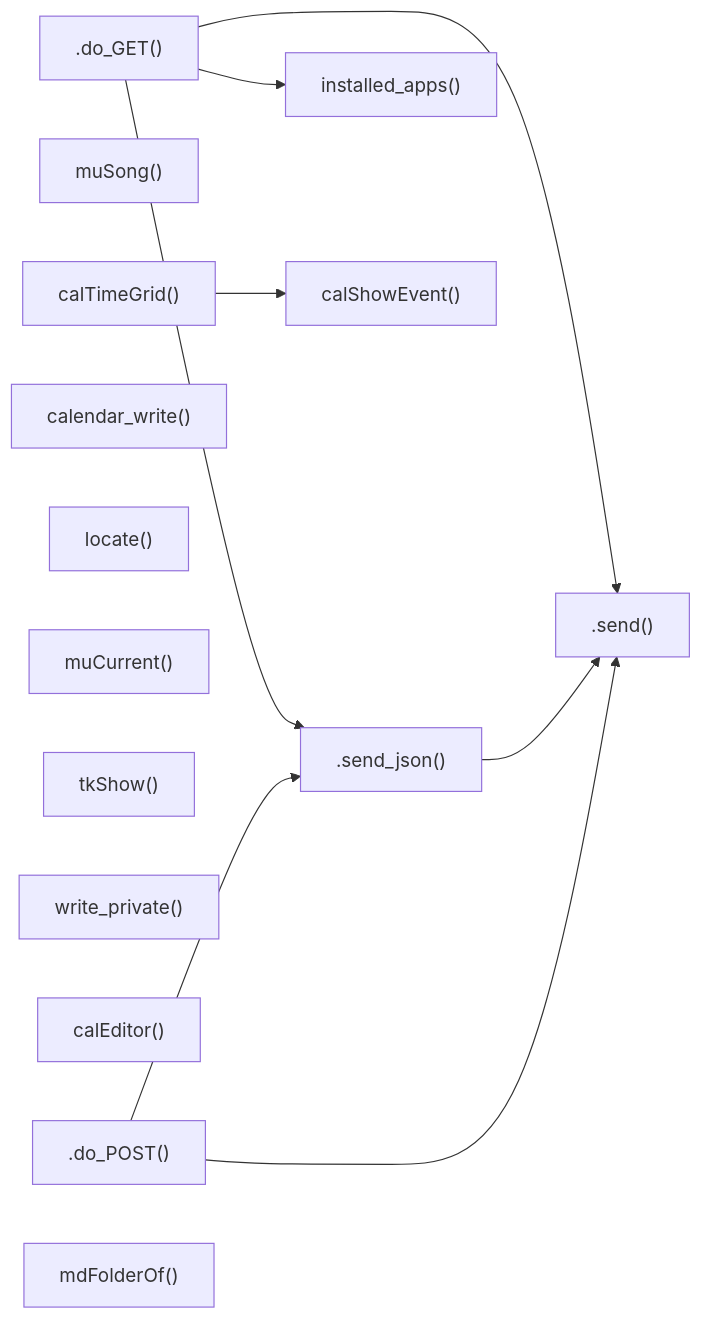
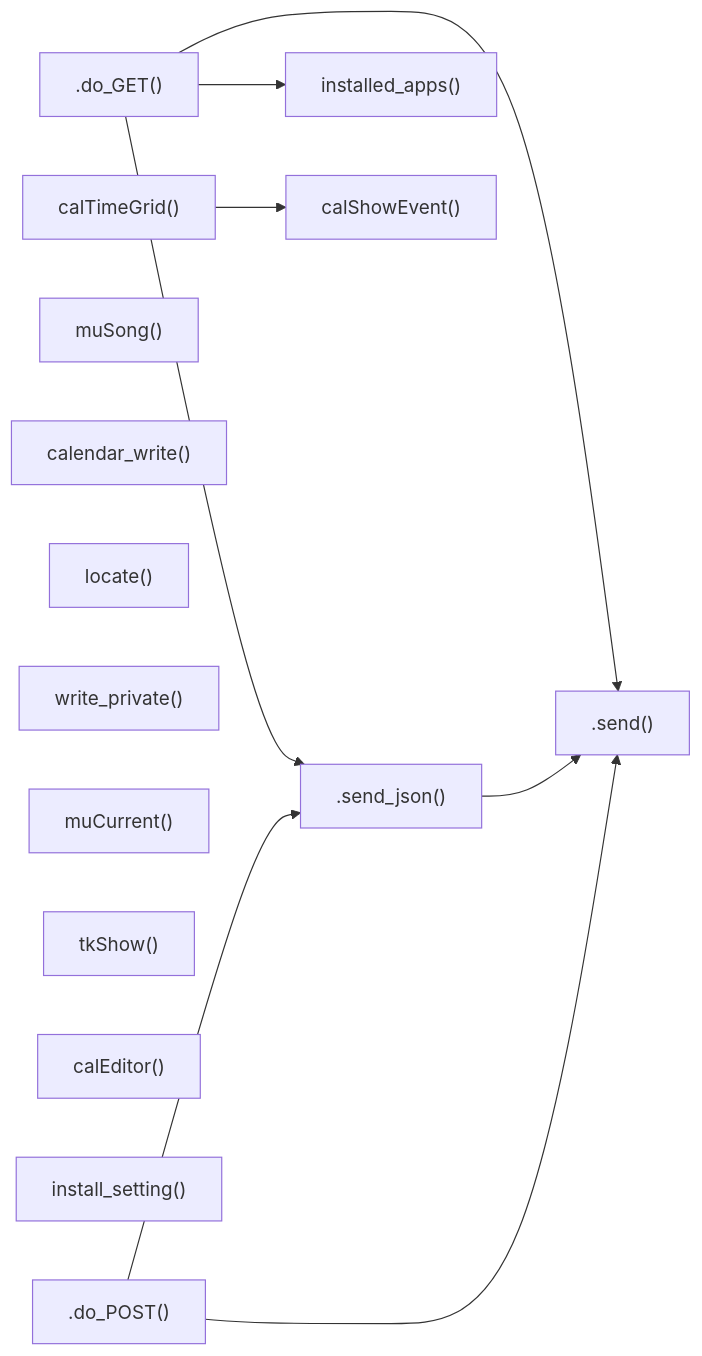
Before and after one commit to spaceadler/adlerOS: the second of 2 diagrams in CODEMAP.md, drawn with Mermaid. The commit also changed other lines of this file, not shown here.

````diff
--- a/CODEMAP.md
+++ b/CODEMAP.md
@@ -65,25 +65,25 @@
 ```mermaid
 flowchart LR
     n_app_server_handler_do_get[".do_GET()"]
     n_app_server_handler_send_json[".send_json()"]
+    n_app_server_handler_do_post[".do_POST()"]
     n_app_static_music_musong["muSong()"]
-    n_app_server_handler_do_post[".do_POST()"]
     n_app_server_calendar_write["calendar_write()"]
     n_app_server_locate["locate()"]
+    n_app_server_write_private["write_private()"]
     n_app_static_music_mucurrent["muCurrent()"]
+    n_app_server_handler_send[".send()"]
     n_app_static_tasks_tkshow["tkShow()"]
-    n_app_server_write_private["write_private()"]
-    n_app_server_handler_send[".send()"]
     n_app_server_installed_apps["installed_apps()"]
     n_app_static_calendar_caleditor["calEditor()"]
+    n_app_server_install_setting["install_setting()"]
     n_app_static_calendar_calshowevent["calShowEvent()"]
     n_app_static_calendar_caltimegrid["calTimeGrid()"]
-    n_app_static_luna_mdfolderof["mdFolderOf()"]
     n_app_server_handler_do_get --> n_app_server_handler_send
     n_app_server_handler_do_get --> n_app_server_handler_send_json
     n_app_server_handler_do_get --> n_app_server_installed_apps
     n_app_server_handler_send_json --> n_app_server_handler_send
     n_app_server_handler_do_post --> n_app_server_handler_send_json
     n_app_server_handler_do_post --> n_app_server_handler_send
     n_app_static_calendar_caltimegrid --> n_app_static_calendar_calshowevent
 ```
````
